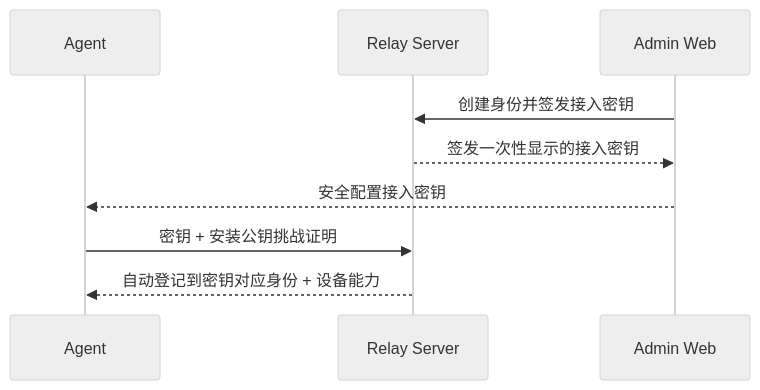
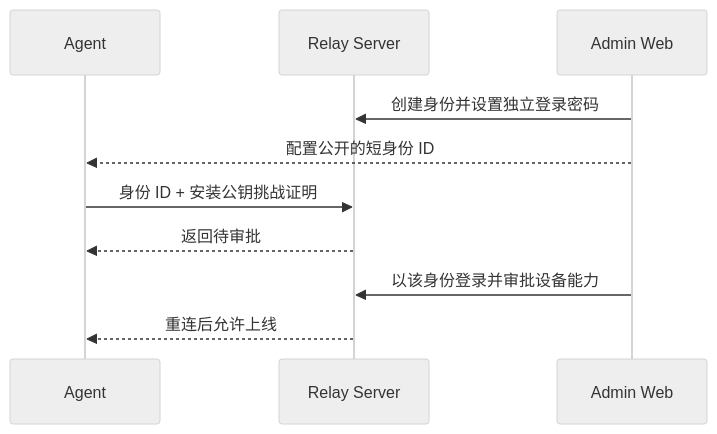
The third of 9 diagrams in README.md (timwai/RelayProxy), drawn with Mermaid (neutral theme) before and after one commit. The commit also changed other lines of this file and 52 other files, not shown here.

````diff
--- a/README.md
+++ b/README.md
@@ -76,12 +76,13 @@
 ```mermaid
 sequenceDiagram
     participant A as Agent
     participant S as Relay Server
     participant W as Admin Web
 
-    W->>S: 创建身份并签发接入密钥
-    S-->>W: 签发一次性显示的接入密钥
-    W-->>A: 安全配置接入密钥
-    A->>S: 密钥 + 安装公钥挑战证明
-    S-->>A: 自动登记到密钥对应身份 + 设备能力
+    W->>S: 创建身份并设置独立登录密码
+    W-->>A: 配置公开的短身份 ID
+    A->>S: 身份 ID + 安装公钥挑战证明
+    S-->>A: 返回待审批
+    W->>S: 以该身份登录并审批设备能力
+    S-->>A: 重连后允许上线
 ```
````
